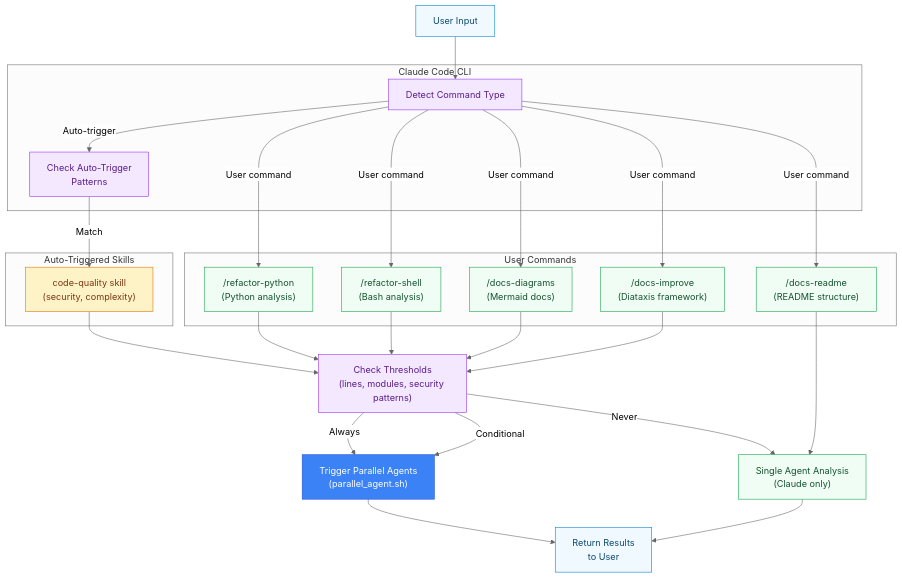
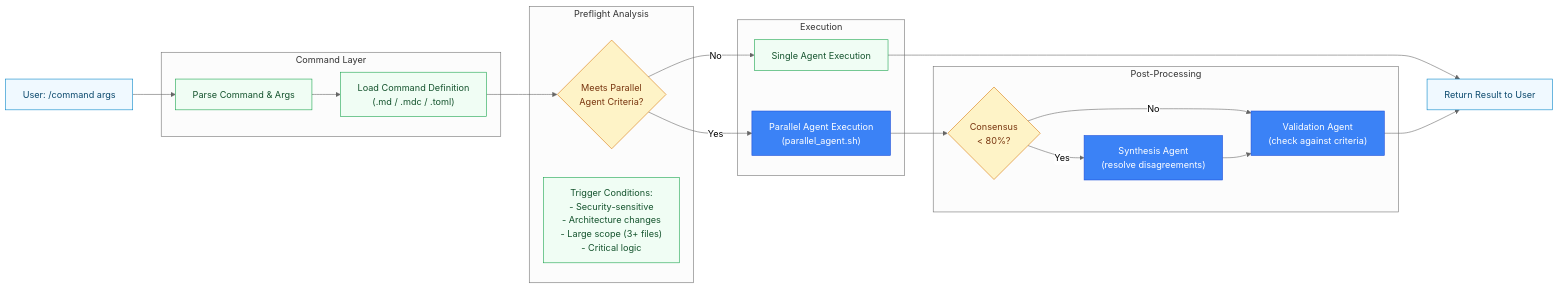
Before and after one commit to RB-chrismandich/Manifest: the fifth of 10 diagrams in docs/ARCHITECTURE_DIAGRAMS.md, drawn with Mermaid. The commit also changed other lines of this file and 24 other files, not shown here.

````diff
--- a/docs/ARCHITECTURE_DIAGRAMS.md
+++ b/docs/ARCHITECTURE_DIAGRAMS.md
@@ -271,60 +373,48 @@
 ```mermaid
 %%{init: {'theme':'neutral'}}%%
-flowchart TB
-    classDef user fill:#f0f9ff,stroke:#0284c7,color:#0c4a6e
-    classDef skill fill:#fef3c7,stroke:#d97706,color:#78350f
-    classDef command fill:#f0fdf4,stroke:#16a34a,color:#14532d
-    classDef decision fill:#f3e8ff,stroke:#9333ea,color:#581c87
-    classDef parallel fill:#3b82f6,stroke:#1d4ed8,color:#fff
+flowchart LR
+    classDef input fill:#f0f9ff,stroke:#0284c7,color:#0c4a6e
+    classDef process fill:#f0fdf4,stroke:#16a34a,color:#14532d
+    classDef decision fill:#fef3c7,stroke:#d97706,color:#78350f
+    classDef external fill:#3b82f6,stroke:#1d4ed8,color:#fff
 
-    USER["User Input"]:::user
+    USER["User: /command args"]:::input
 
-    subgraph "Claude Code CLI"
-        DETECT["Detect Command Type"]:::decision
-        SKILL_CHECK["Check Auto-Trigger<br/>Patterns"]:::decision
+    subgraph "Command Layer"
+        PARSE["Parse Command & Args"]:::process
+        LOAD_CMD["Load Command Definition<br/>(.md / .mdc / .toml)"]:::process
     end
 
-    subgraph "Auto-Triggered Skills"
-        CODE_QUAL["code-quality skill<br/>(security, complexity)"]:::skill
+    subgraph "Preflight Analysis"
+        CHECK_CRITERIA{"Meets Parallel<br/>Agent Criteria?"}:::decision
+        TRIGGER["Trigger Conditions:<br/>- Security-sensitive<br/>- Architecture changes<br/>- Large scope (3+ files)<br/>- Critical logic"]:::process
     end
 
-    subgraph "User Commands"
-        REFACTOR["/refactor-python<br/>(Python analysis)"]:::command
-        SHELL_REF["/refactor-shell<br/>(Bash analysis)"]:::command
-        GEN_DIAG["/docs-diagrams<br/>(Mermaid docs)"]:::command
-        IMP_DOCS["/docs-improve<br/>(Diataxis framework)"]:::command
-        IMP_README["/docs-readme<br/>(README structure)"]:::command
+    subgraph "Execution"
+        SINGLE["Single Agent Execution"]:::process
+        PARALLEL["Parallel Agent Execution<br/>(parallel_agent.sh)"]:::external
     end
 
-    CHECK_THRESH["Check Thresholds<br/>(lines, modules, security patterns)"]:::decision
+    subgraph "Post-Processing"
+        SYNTHESIS{"Consensus<br/>< 80%?"}:::decision
+        SYNTH_AGENT["Synthesis Agent<br/>(resolve disagreements)"]:::external
+        VALIDATION["Validation Agent<br/>(check against criteria)"]:::external
+    end
 
-    PARALLEL_YES["Trigger Parallel Agents<br/>(parallel_agent.sh)"]:::parallel
-    PARALLEL_NO["Single Agent Analysis<br/>(Claude only)"]:::command
+    OUTPUT["Return Result to User"]:::input
 
-    OUTPUT["Return Results<br/>to User"]:::user
+    USER --> PARSE
+    PARSE --> LOAD_CMD
+    LOAD_CMD --> CHECK_CRITERIA
 
-    USER --> DETECT
+    CHECK_CRITERIA -->|Yes| PARALLEL
+    CHECK_CRITERIA -->|No| SINGLE
 
-    DETECT -->|Auto-trigger| SKILL_CHECK
-    DETECT -->|User command| REFACTOR
-    DETECT -->|User command| SHELL_REF
-    DETECT -->|User command| GEN_DIAG
-    DETECT -->|User command| IMP_DOCS
-    DETECT -->|User command| IMP_README
+    PARALLEL --> SYNTHESIS
+    SINGLE --> OUTPUT
 
-    SKILL_CHECK -->|Match| CODE_QUAL
-
-    CODE_QUAL --> CHECK_THRESH
-    REFACTOR --> CHECK_THRESH
-    SHELL_REF --> CHECK_THRESH
-    GEN_DIAG --> CHECK_THRESH
-    IMP_DOCS --> CHECK_THRESH
-    IMP_README --> PARALLEL_NO
-
-    CHECK_THRESH -->|Always| PARALLEL_YES
-    CHECK_THRESH -->|Conditional| PARALLEL_YES
-    CHECK_THRESH -->|Never| PARALLEL_NO
-
-    PARALLEL_YES --> OUTPUT
-    PARALLEL_NO --> OUTPUT
+    SYNTHESIS -->|Yes| SYNTH_AGENT
+    SYNTHESIS -->|No| VALIDATION
+    SYNTH_AGENT --> VALIDATION
+    VALIDATION --> OUTPUT
 ```
````
